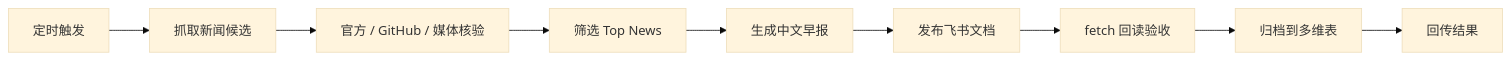
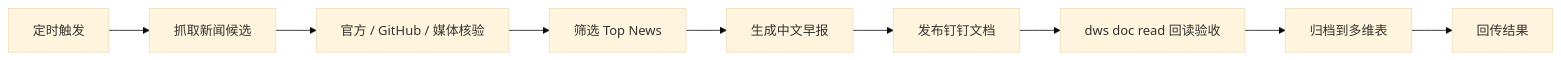
Before and after one commit to dracohu2025-cloud/draco-skills-collection: the diagram in daily-ai-agent-aigc-top-news/README.md, drawn with Mermaid (base theme). The commit also changed other lines of this file and 8 other files, not shown here.

````diff
--- a/daily-ai-agent-aigc-top-news/README.md
+++ b/daily-ai-agent-aigc-top-news/README.md
@@ -41,11 +41,11 @@
 ```mermaid
 flowchart LR
   A[定时触发] --> B[抓取新闻候选]
   B --> C[官方 / GitHub / 媒体核验]
   C --> D[筛选 Top News]
   D --> E[生成中文早报]
-  E --> F[发布飞书文档]
-  F --> G[fetch 回读验收]
+  E --> F[发布钉钉文档]
+  F --> G[dws doc read 回读验收]
   G --> H[归档到多维表]
   H --> I[回传结果]
 ```
````
